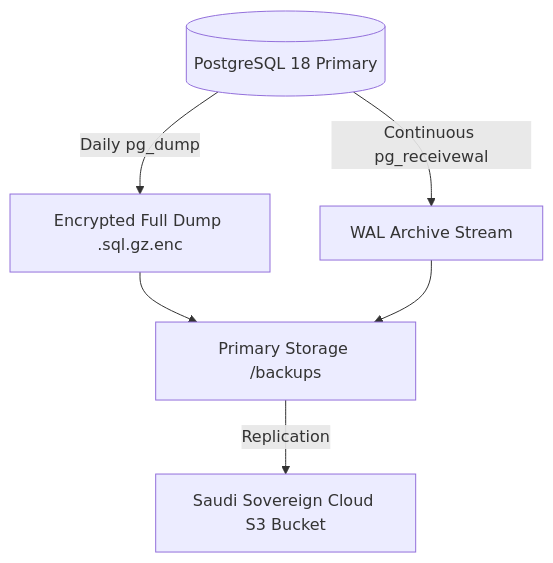
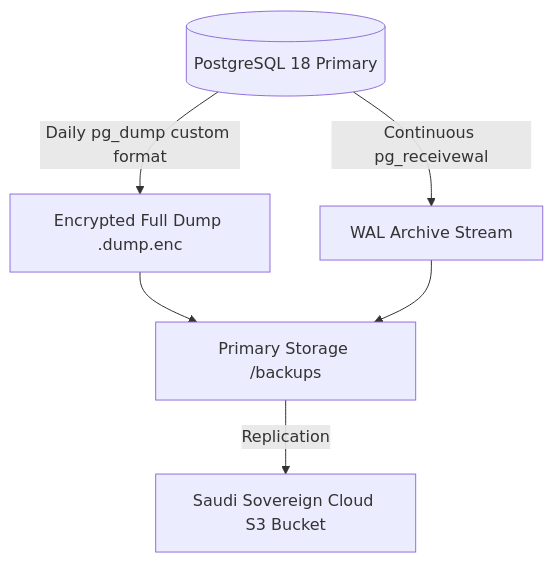
One commit to Ahmed4Devs/SA-ERP-GoLang changed the diagram in docs/backup/backup-strategy.md. Above: the diagram before and after it, drawn with Mermaid. The commit also changed other lines of this file and 246 other files, not shown here.

````diff
--- a/docs/backup/backup-strategy.md
+++ b/docs/backup/backup-strategy.md
@@ -13,8 +13,8 @@
 ```mermaid
 graph TD
-    DB[(PostgreSQL 18 Primary)] -->|Daily pg_dump| FullDump[Encrypted Full Dump .sql.gz.enc]
+    DB[(PostgreSQL 18 Primary)] -->|Daily pg_dump custom format| FullDump[Encrypted Full Dump .dump.enc]
     DB -->|Continuous pg_receivewal| WALArchive[WAL Archive Stream]
     FullDump --> S3Local[Primary Storage /backups]
     WALArchive --> S3Local
     S3Local -->|Replication| S3Riyadh[Saudi Sovereign Cloud S3 Bucket]
 ```
````
